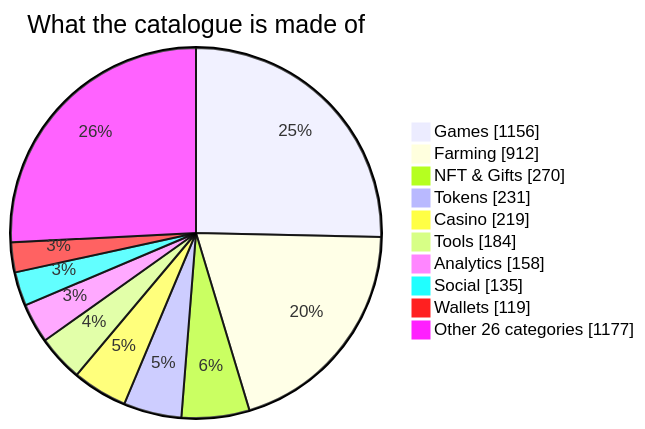
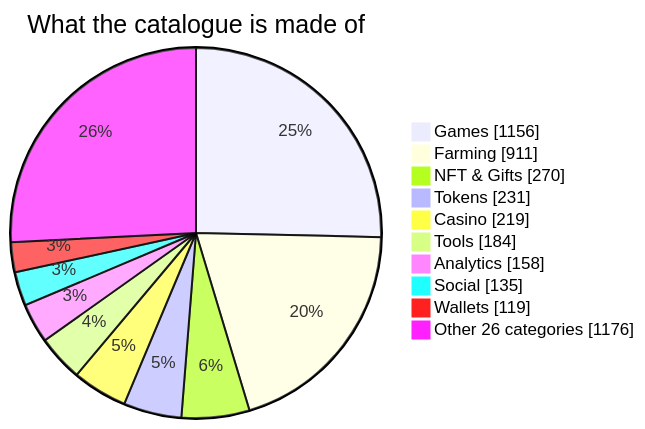
One commit to vitalikgpt/gram-ecosystem changed the first of 4 diagrams in README.md. Above: the diagram before and after it, drawn with Mermaid. The commit also changed other lines of this file and 6 other files, not shown here.

Commit message:
Verified on Telegram: a timeline of when the largest accounts got the badge; two news and author channels leave the projects

````diff
--- a/README.md
+++ b/README.md
@@ -57,14 +57,14 @@
 ```mermaid
 pie showData
   title What the catalogue is made of
   "Games" : 1156
-  "Farming" : 912
+  "Farming" : 911
   "NFT & Gifts" : 270
   "Tokens" : 231
   "Casino" : 219
   "Tools" : 184
   "Analytics" : 158
   "Social" : 135
   "Wallets" : 119
-  "Other 26 categories" : 1177
+  "Other 26 categories" : 1176
 ```
````
